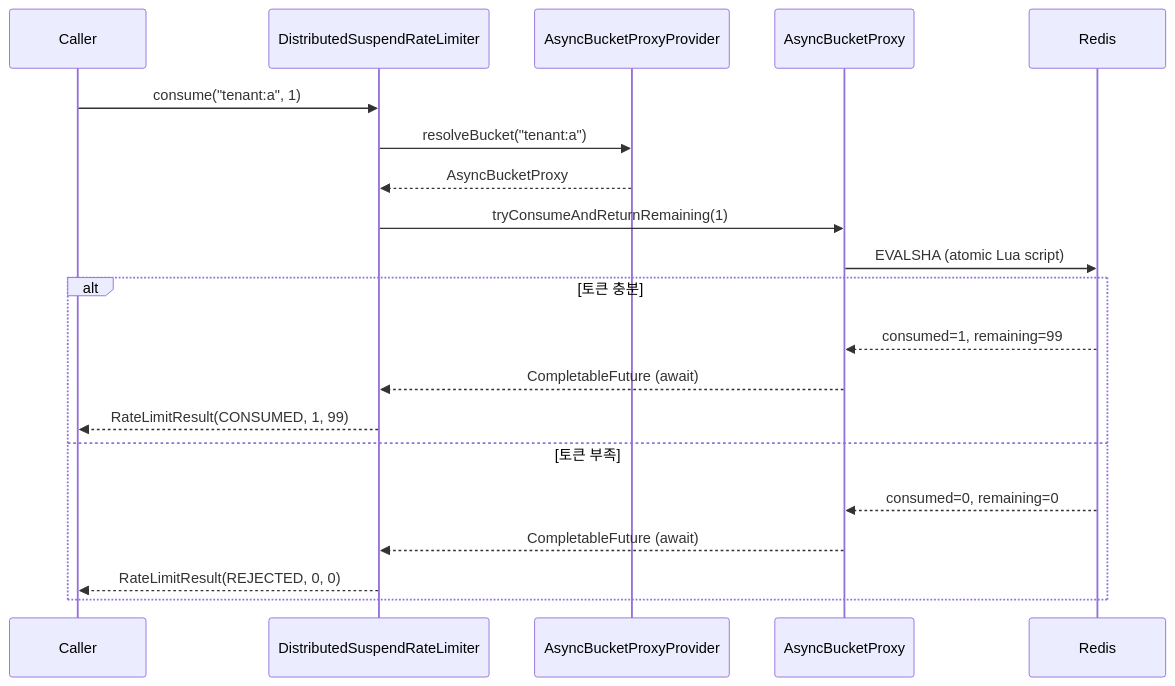
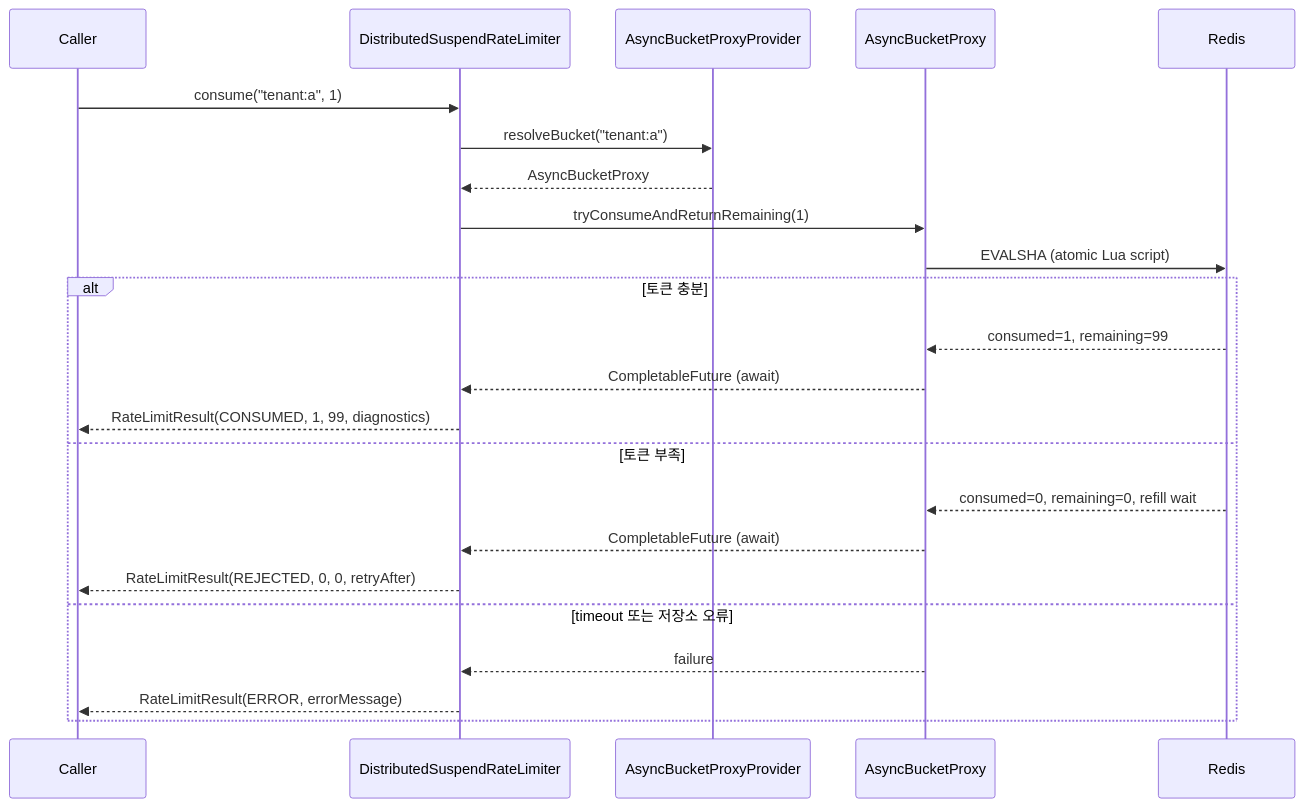
One commit to bluetape4k/bluetape4k-projects changed the third of 3 diagrams in infra/bucket4j/README.ko.md. Above: the diagram before and after it, drawn with Mermaid. The commit also changed other lines of this file and 24 other files, not shown here.

First line of the commit message:
feat: stabilize bucket4j rate limit facade (#442)

````diff
--- a/infra/bucket4j/README.ko.md
+++ b/infra/bucket4j/README.ko.md
@@ -170,23 +192,26 @@
 ```mermaid
 sequenceDiagram
     participant Caller
     participant DistributedSuspendRateLimiter
     participant AsyncBucketProxyProvider
     participant AsyncBucketProxy
     participant Redis
     Caller ->> DistributedSuspendRateLimiter: consume("tenant:a", 1)
     DistributedSuspendRateLimiter ->> AsyncBucketProxyProvider: resolveBucket("tenant:a")
     AsyncBucketProxyProvider -->> DistributedSuspendRateLimiter: AsyncBucketProxy
     DistributedSuspendRateLimiter ->> AsyncBucketProxy: tryConsumeAndReturnRemaining(1)
     AsyncBucketProxy ->> Redis: EVALSHA (atomic Lua script)
 
     alt 토큰 충분
         Redis -->> AsyncBucketProxy: consumed=1, remaining=99
         AsyncBucketProxy -->> DistributedSuspendRateLimiter: CompletableFuture (await)
-        DistributedSuspendRateLimiter -->> Caller: RateLimitResult(CONSUMED, 1, 99)
+        DistributedSuspendRateLimiter -->> Caller: RateLimitResult(CONSUMED, 1, 99, diagnostics)
     else 토큰 부족
-        Redis -->> AsyncBucketProxy: consumed=0, remaining=0
+        Redis -->> AsyncBucketProxy: consumed=0, remaining=0, refill wait
         AsyncBucketProxy -->> DistributedSuspendRateLimiter: CompletableFuture (await)
-        DistributedSuspendRateLimiter -->> Caller: RateLimitResult(REJECTED, 0, 0)
+        DistributedSuspendRateLimiter -->> Caller: RateLimitResult(REJECTED, 0, 0, retryAfter)
+    else timeout 또는 저장소 오류
+        AsyncBucketProxy -->> DistributedSuspendRateLimiter: failure
+        DistributedSuspendRateLimiter -->> Caller: RateLimitResult(ERROR, errorMessage)
     end
 ```
````
